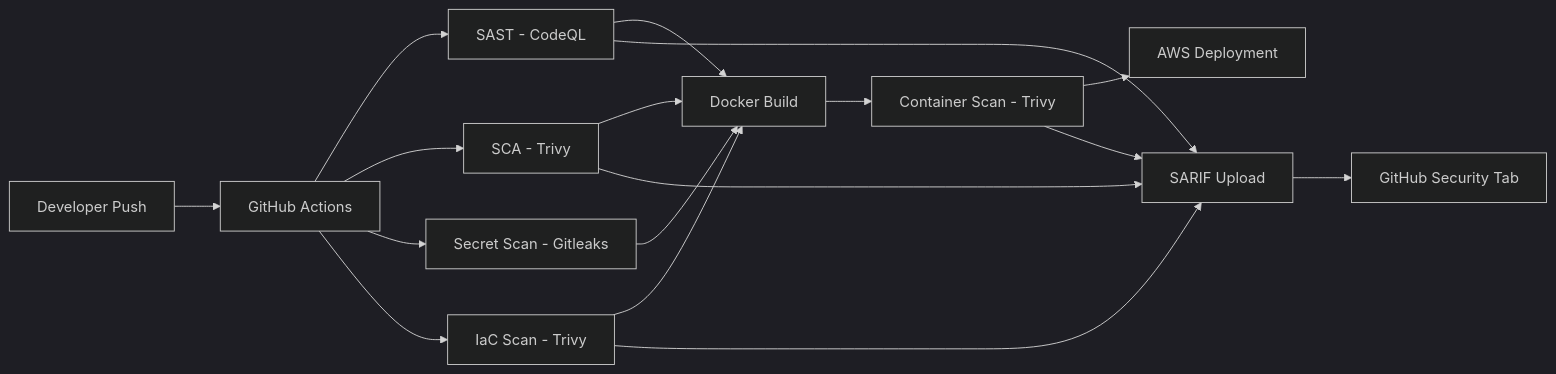
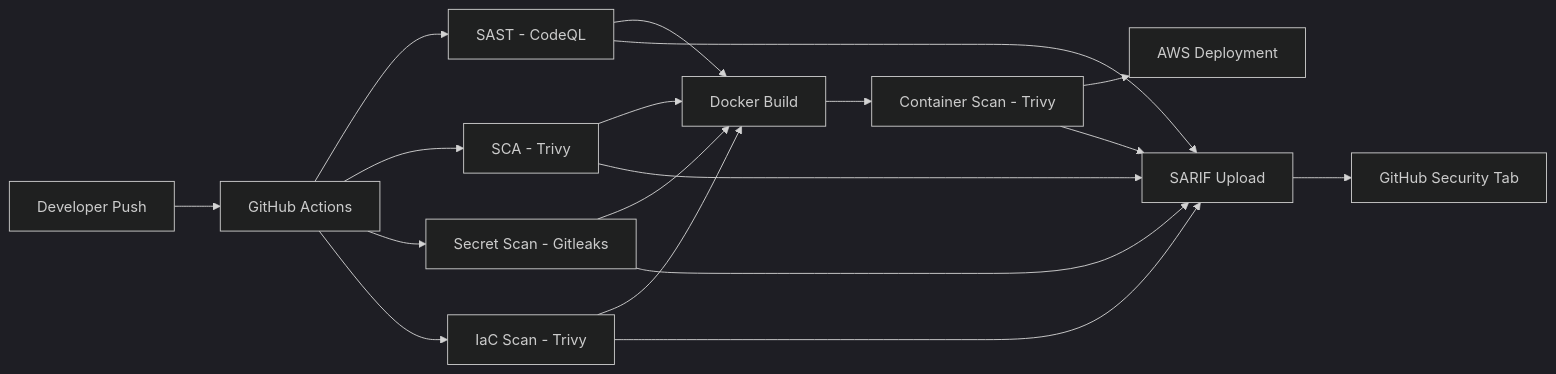
The diagram in README.md (AurelienKumarathas/devsecops-pipeline-project-1), drawn with Mermaid (dark theme) before and after one commit. The commit also changed other lines of this file, not shown here.

````diff
--- a/README.md
+++ b/README.md
@@ -96,19 +98,20 @@
 ```mermaid
 graph LR
     A[Developer Push] --> B[GitHub Actions]
     B --> C[SAST - CodeQL]
     B --> D[SCA - Trivy]
     B --> E[Secret Scan - Gitleaks]
     B --> F[IaC Scan - Trivy]
     C --> G[Docker Build]
     D --> G
     E --> G
     F --> G
     G --> H[Container Scan - Trivy]
     H --> I[AWS Deployment]
     C --> J[SARIF Upload]
     D --> J
+    E --> J
     F --> J
     H --> J
     J --> K[GitHub Security Tab]
 ```
````
